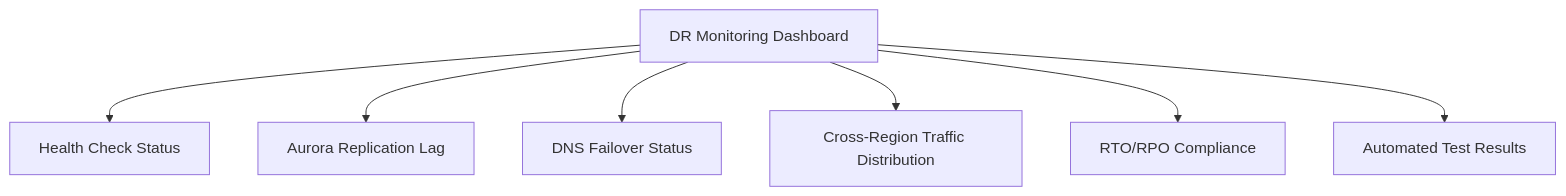
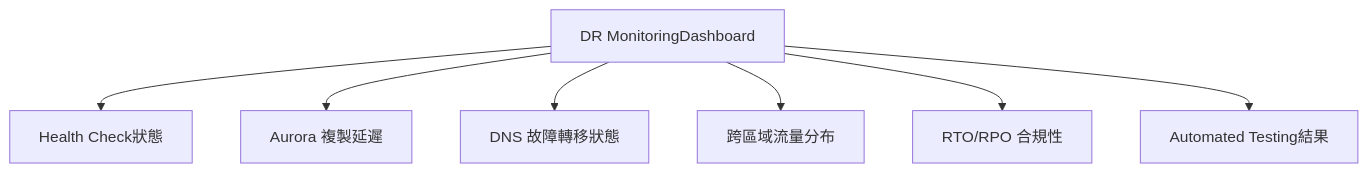
The fifth of 5 diagrams in docs/en/architecture/disaster-recovery-design.md (humank/genai-demo), drawn with Mermaid before and after one commit. The commit also changed other lines of this file and 583 other files, not shown here.

````diff
--- a/docs/en/architecture/disaster-recovery-design.md
+++ b/docs/en/architecture/disaster-recovery-design.md
@@ -427,9 +428,9 @@
 ```mermaid
 graph TB
-    A[DR Monitoring Dashboard] --> B[Health Check Status]
-    A --> C[Aurora Replication Lag]
-    A --> D[DNS Failover Status]
-    A --> E[Cross-Region Traffic Distribution]
-    A --> F[RTO/RPO Compliance]
-    A --> G[Automated Test Results]
+    A[DR MonitoringDashboard] --> B[Health Check狀態]
+    A --> C[Aurora 複製延遲]
+    A --> D[DNS 故障轉移狀態]
+    A --> E[跨區域流量分布]
+    A --> F[RTO/RPO 合規性]
+    A --> G[Automated Testing結果]
 ```
````
